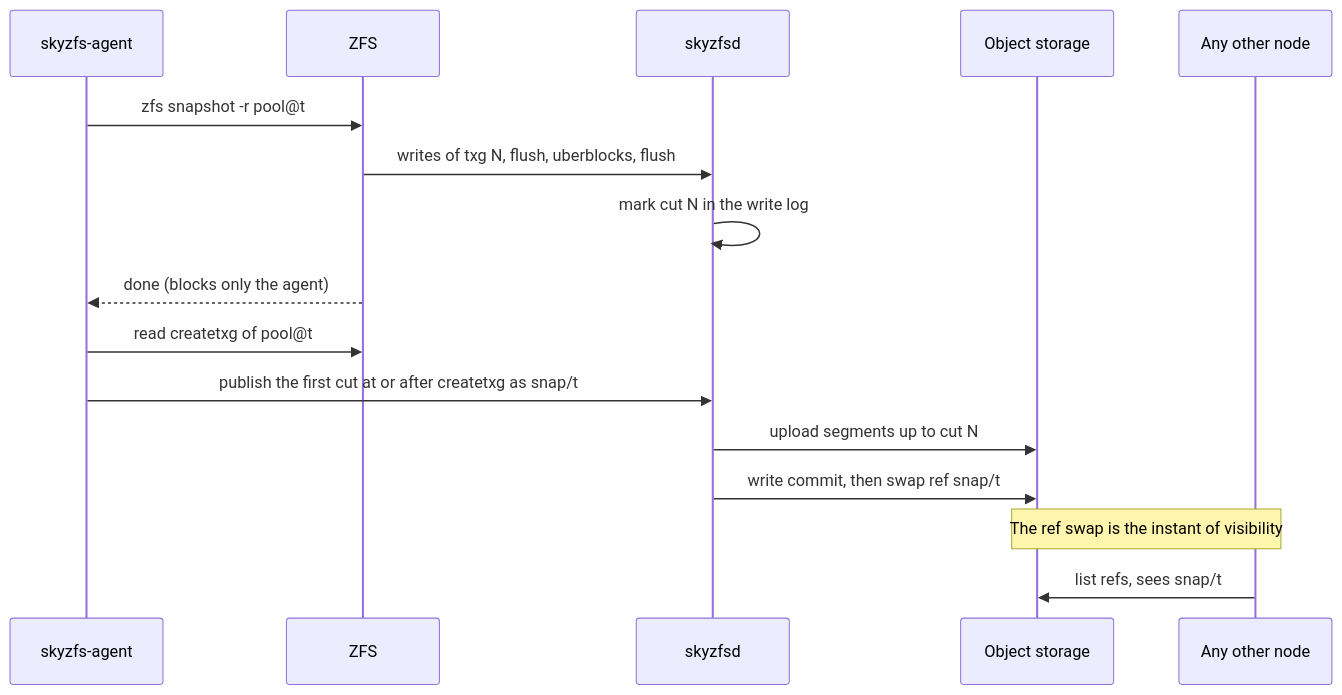
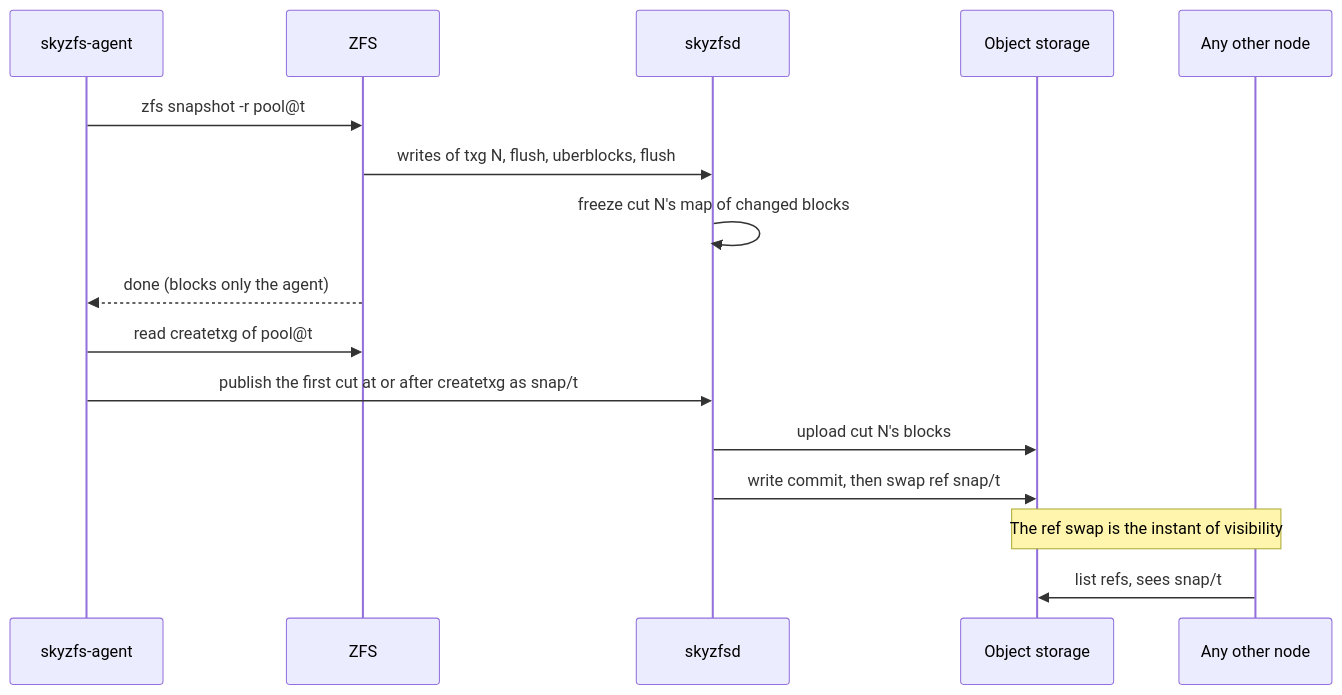
Before and after one commit to skyzfs/skyzfs: the third of 5 diagrams in docs/skyzfs-design.md, drawn with Mermaid. The commit also changed other lines of this file and 1 other file, not shown here.

First line of the commit message:
Design: the store writes in place, with no write log (decision D5)

````diff
--- a/docs/skyzfs-design.md
+++ b/docs/skyzfs-design.md
@@ -282,19 +294,19 @@
 ```mermaid
 sequenceDiagram
     participant A as skyzfs-agent
     participant Z as ZFS
     participant D as skyzfsd
     participant O as Object storage
     participant B as Any other node
 
     A->>Z: zfs snapshot -r pool@t
     Z->>D: writes of txg N, flush, uberblocks, flush
-    D->>D: mark cut N in the write log
+    D->>D: freeze cut N's map of changed blocks
     Z-->>A: done (blocks only the agent)
     A->>Z: read createtxg of pool@t
     A->>D: publish the first cut at or after createtxg as snap/t
-    D->>O: upload segments up to cut N
+    D->>O: upload cut N's blocks
     D->>O: write commit, then swap ref snap/t
     Note over O,B: The ref swap is the instant of visibility
     B->>O: list refs, sees snap/t
 ```
````
